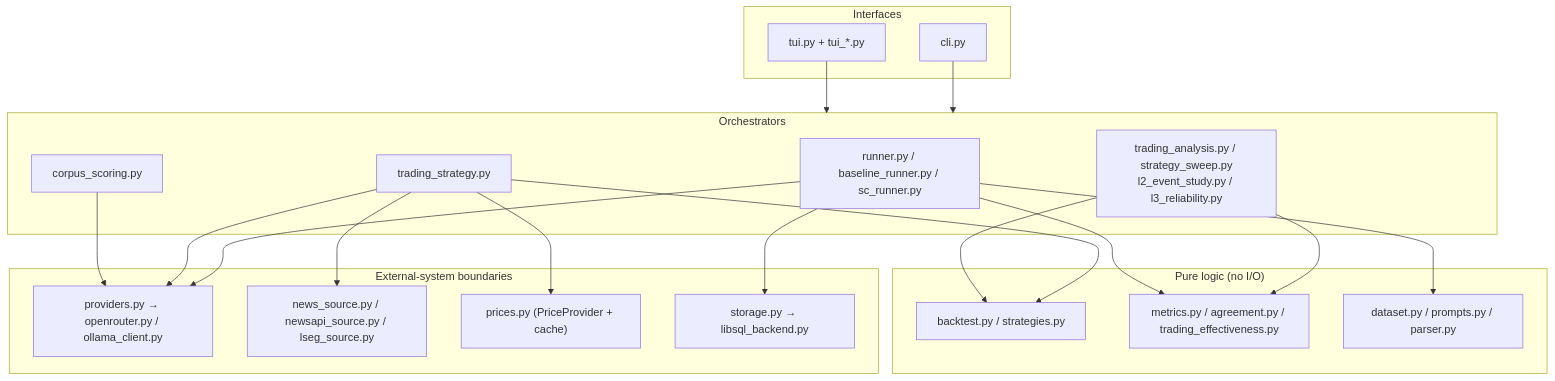
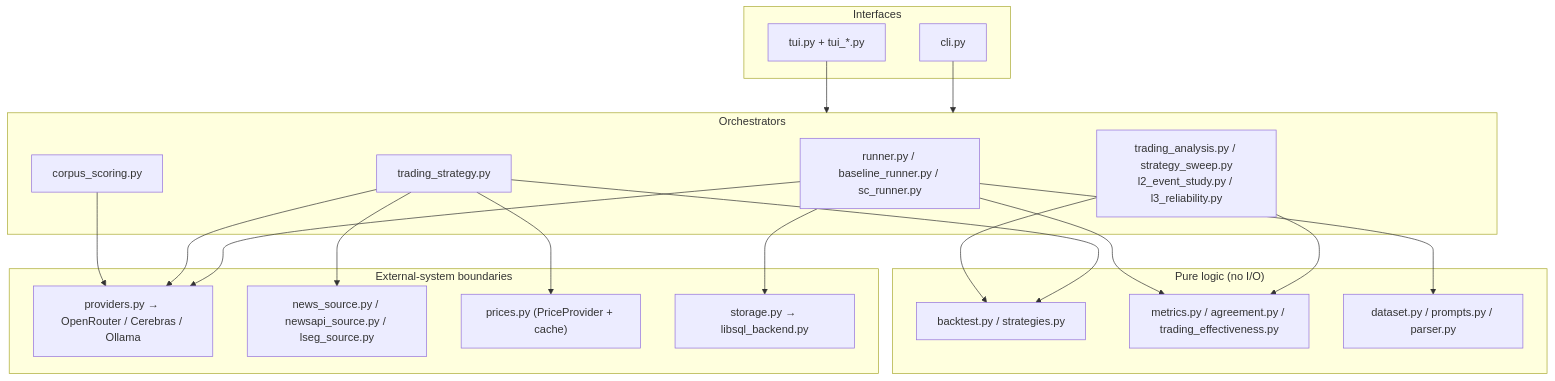
Before and after one commit to PeterLP123/Sentiment_Dissertation: the second of 3 diagrams in docs/architecture.md, drawn with Mermaid. The commit also changed other lines of this file and 23 other files, not shown here.

First line of the commit message:
feat(providers): add Cerebras Inference adapter with adaptive rate pacing

````diff
--- a/docs/architecture.md
+++ b/docs/architecture.md
@@ -38,37 +38,37 @@
 ```mermaid
 flowchart TB
     subgraph Interfaces
         CLI["cli.py"]
         TUI["tui.py + tui_*.py"]
     end
     subgraph Orchestrators
         RUN["runner.py / baseline_runner.py / sc_runner.py"]
         TRAD["trading_strategy.py"]
         CSM["corpus_scoring.py"]
         ANA["trading_analysis.py / strategy_sweep.py<br/>l2_event_study.py / l3_reliability.py"]
     end
     subgraph Services["External-system boundaries"]
-        PROV["providers.py → openrouter.py / ollama_client.py"]
+        PROV["providers.py → OpenRouter / Cerebras / Ollama"]
         NEWS["news_source.py / newsapi_source.py / lseg_source.py"]
         PRICE["prices.py (PriceProvider + cache)"]
         STORE["storage.py → libsql_backend.py"]
     end
     subgraph Leaves["Pure logic (no I/O)"]
         BT["backtest.py / strategies.py"]
         MET["metrics.py / agreement.py / trading_effectiveness.py"]
         DATA["dataset.py / prompts.py / parser.py"]
     end
     CLI --> Orchestrators
     TUI --> Orchestrators
     RUN --> PROV
     RUN --> STORE
     TRAD --> NEWS
     TRAD --> PROV
     TRAD --> PRICE
     TRAD --> BT
     CSM --> PROV
     ANA --> BT
     ANA --> MET
     RUN --> DATA
     RUN --> MET
 ```
````
